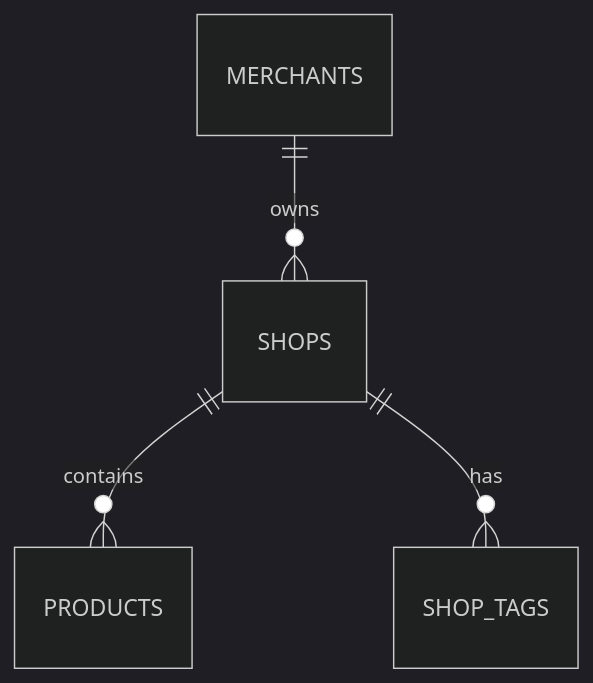
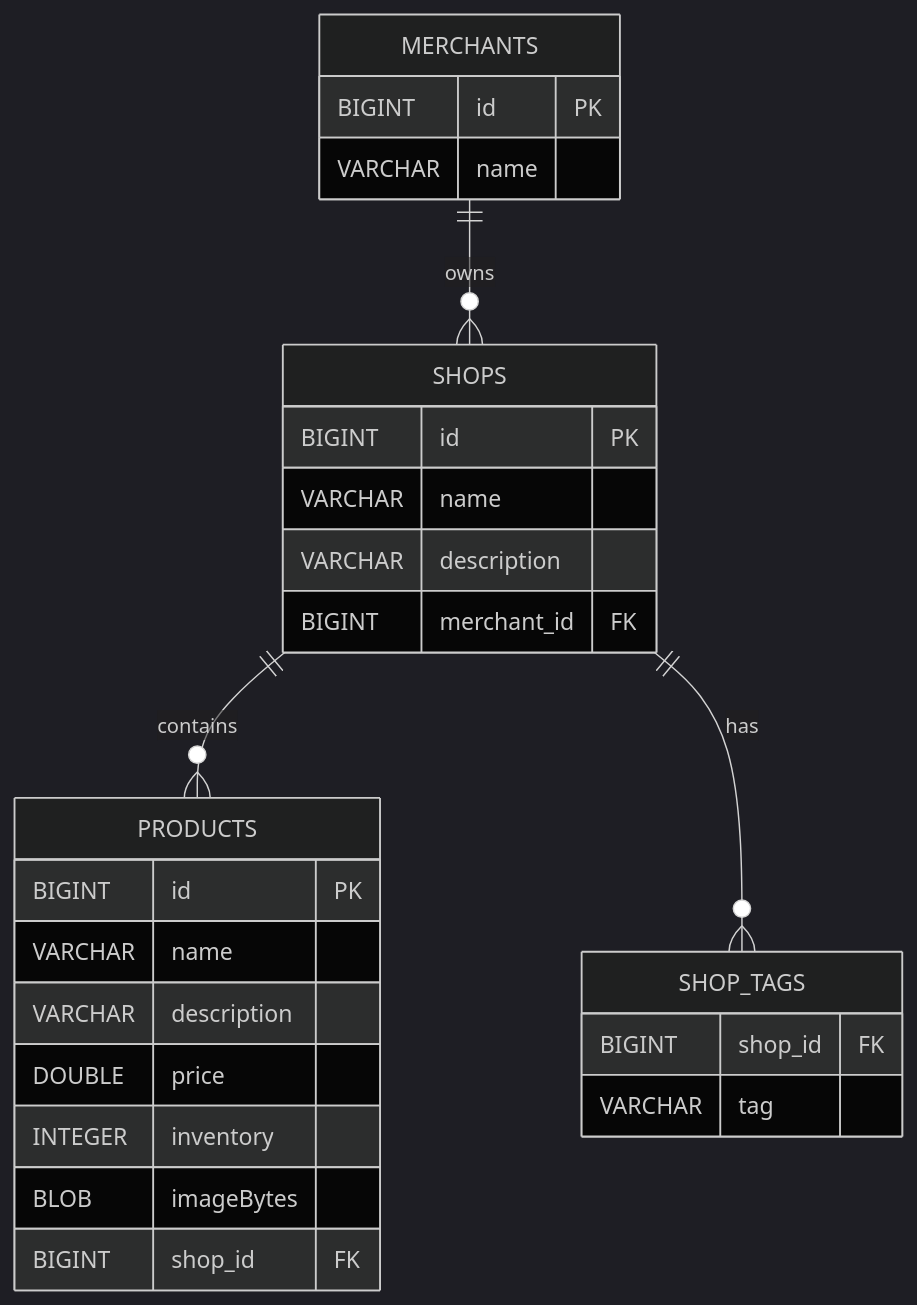
One commit to Peter-Tourkoyiannis/SYSC-4806-Group changed the diagram in docs/database-schema.md. Above: the diagram before and after it, drawn with Mermaid (dark theme). The commit also changed other lines of this file, not shown here.

Commit message:
Milestone 1 Database Schema Updated
Added detailed database schema for Milestone 1 including entity relationships and attributes.

````diff
--- a/docs/database-schema.md
+++ b/docs/database-schema.md
@@ -3,6 +5,33 @@
 ```mermaid
 erDiagram
     MERCHANTS ||--o{ SHOPS : owns
     SHOPS ||--o{ PRODUCTS : contains
     SHOPS ||--o{ SHOP_TAGS : has
+
+    MERCHANTS {
+        BIGINT id PK
+        VARCHAR name
+    }
+
+    SHOPS {
+        BIGINT id PK
+        VARCHAR name
+        VARCHAR description
+        BIGINT merchant_id FK
+    }
+
+    PRODUCTS {
+        BIGINT id PK
+        VARCHAR name
+        VARCHAR description
+        DOUBLE price
+        INTEGER inventory
+        BLOB imageBytes
+        BIGINT shop_id FK
+    }
+
+    SHOP_TAGS {
+        BIGINT shop_id FK
+        VARCHAR tag
+    }
 ```
````
